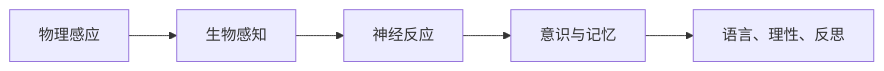
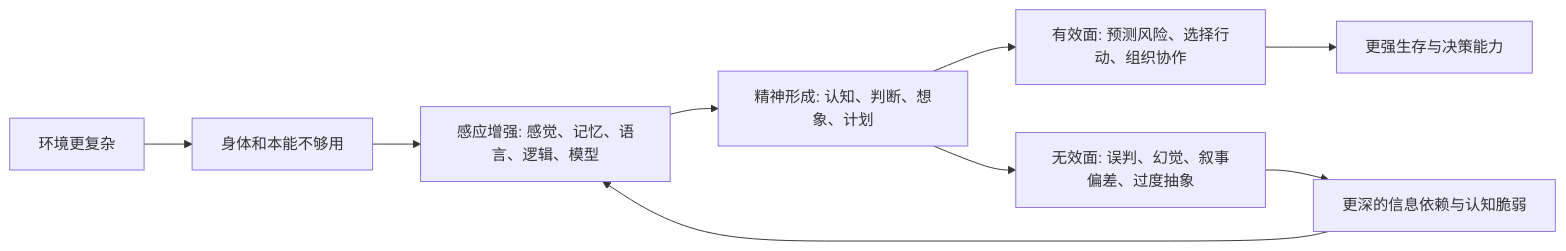
The diagram in 202605/20260518_52.md (digoal/blog), drawn with Mermaid before and after one commit. The commit also changed other lines of this file and 16 other files, not shown here.

````diff
--- a/202605/20260518_52.md
+++ b/202605/20260518_52.md
@@ -22,7 +22,11 @@
 ```mermaid
 flowchart LR
-  A["物理感应"] --> B["生物感知"]
-  B --> C["神经反应"]
-  C --> D["意识与记忆"]
-  D --> E["语言、理性、反思"]
+  A["环境更复杂"] --> B["身体和本能不够用"]
+  B --> C["感应增强: 感觉、记忆、语言、逻辑、模型"]
+  C --> D["精神形成: 认知、判断、想象、计划"]
+  D --> E["有效面: 预测风险、选择行动、组织协作"]
+  D --> F["无效面: 误判、幻觉、叙事偏差、过度抽象"]
+  E --> G["更强生存与决策能力"]
+  F --> H["更深的信息依赖与认知脆弱"]
+  H --> C
 ```
````
